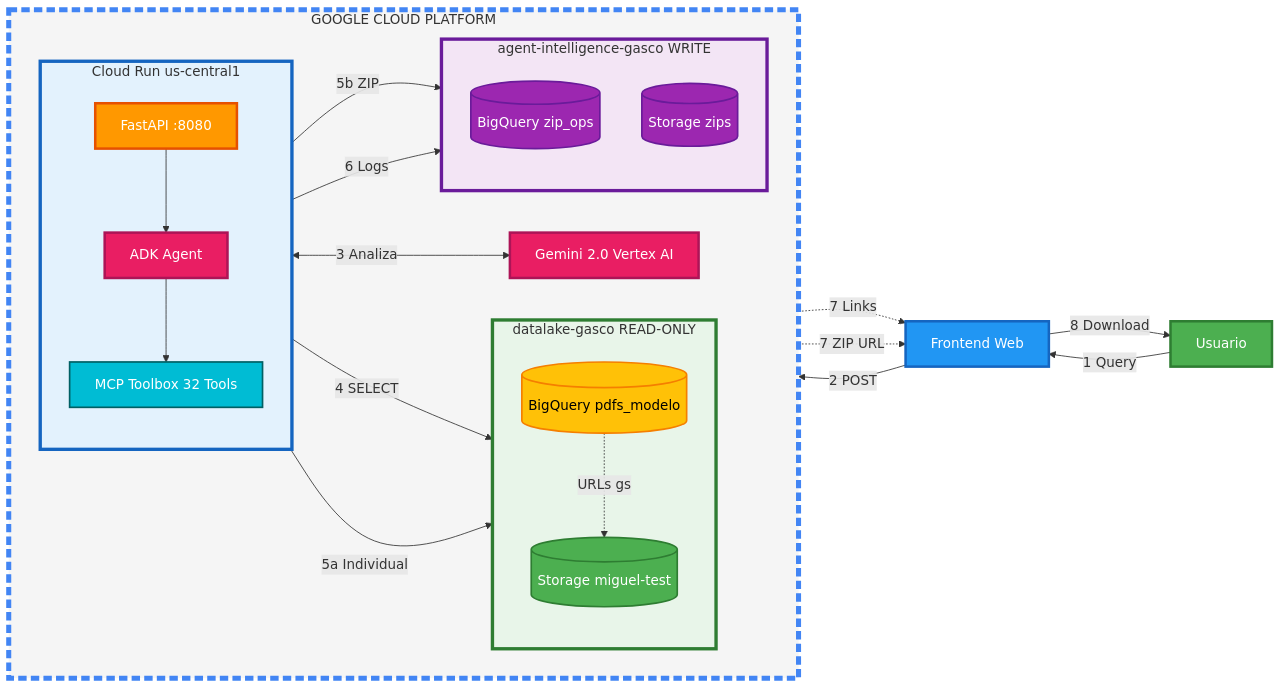
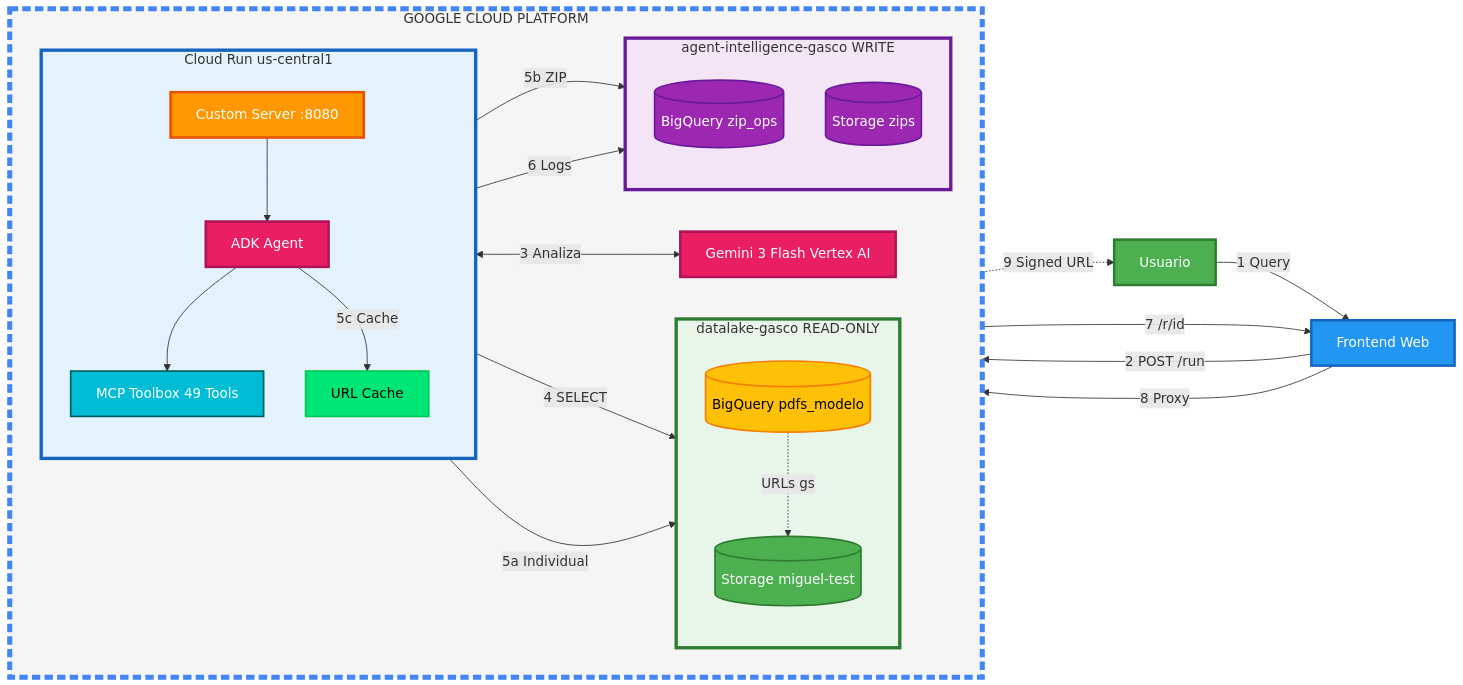
One commit to miguelp7200/agente changed the diagram in docs/ARCHITECTURE_DIAGRAM.md. Above: the diagram before and after it, drawn with Mermaid. The commit also changed other lines of this file and 2 other files, not shown here.

First line of the commit message:
docs: update architecture diagrams for v1.1.0

````diff
--- a/docs/ARCHITECTURE_DIAGRAM.md
+++ b/docs/ARCHITECTURE_DIAGRAM.md
@@ -11,62 +11,65 @@
 ```mermaid
 graph LR
     U[Usuario]
     F[Frontend Web]
-    
+
     subgraph GCP["GOOGLE CLOUD PLATFORM"]
         direction LR
-        
+
         subgraph CloudRun["Cloud Run us-central1"]
             direction TB
-            API[FastAPI :8080]
+            API[Custom Server :8080]
             AGENT[ADK Agent]
-            TOOLS[MCP Toolbox 32 Tools]
+            CACHE[URL Cache]
+            TOOLS[MCP Toolbox 49 Tools]
         end
-        
-        AI[Gemini 2.0 Vertex AI]
-        
+
+        AI[Gemini 3 Flash Vertex AI]
+
         subgraph READ["datalake-gasco READ-ONLY"]
             direction TB
             BQ_R[(BigQuery pdfs_modelo)]
             GCS_R[(Storage miguel-test)]
         end
-        
+
         subgraph WRITE["agent-intelligence-gasco WRITE"]
             direction TB
             BQ_W[(BigQuery zip_ops)]
             GCS_W[(Storage zips)]
         end
     end
-    
+
     U -->|1 Query| F
-    F -->|2 POST| API
+    F -->|2 POST /run| API
     API --> AGENT
     AGENT <-->|3 Analiza| AI
     AGENT --> TOOLS
-    
+
     TOOLS -->|4 SELECT| BQ_R
     BQ_R -.->|URLs gs| GCS_R
-    
+
     AGENT -->|5a Individual| GCS_R
     AGENT -->|5b ZIP| GCS_W
+    AGENT -->|5c Cache| CACHE
     AGENT -->|6 Logs| BQ_W
-    
-    GCS_R -.->|7 Links| F
-    GCS_W -.->|7 ZIP URL| F
-    F -->|8 Download| U
-    
+
+    CACHE -->|7 /r/id| F
+    F -->|8 Proxy| CACHE
+    CACHE -.->|9 Signed URL| U
+
     style U fill:#4CAF50,stroke:#2E7D32,stroke-width:3px,color:#fff
     style F fill:#2196F3,stroke:#1565C0,stroke-width:3px,color:#fff
     style API fill:#FF9800,stroke:#E65100,stroke-width:3px,color:#fff
     style AGENT fill:#E91E63,stroke:#AD1457,stroke-width:3px,color:#fff
     style AI fill:#E91E63,stroke:#AD1457,stroke-width:3px,color:#fff
+    style CACHE fill:#00E676,stroke:#00C853,stroke-width:2px,color:#000
     style TOOLS fill:#00BCD4,stroke:#006064,stroke-width:2px,color:#fff
     style BQ_R fill:#FFC107,stroke:#F57F00,stroke-width:2px,color:#000
     style GCS_R fill:#4CAF50,stroke:#2E7D32,stroke-width:2px,color:#fff
     style BQ_W fill:#9C27B0,stroke:#6A1B9A,stroke-width:2px,color:#fff
     style GCS_W fill:#9C27B0,stroke:#6A1B9A,stroke-width:2px,color:#fff
     style CloudRun fill:#E3F2FD,stroke:#1565C0,stroke-width:4px
     style READ fill:#E8F5E9,stroke:#2E7D32,stroke-width:4px
     style WRITE fill:#F3E5F5,stroke:#6A1B9A,stroke-width:4px
     style GCP fill:#F5F5F5,stroke:#4285F4,stroke-width:6px,stroke-dasharray:10 5
 ```
````
